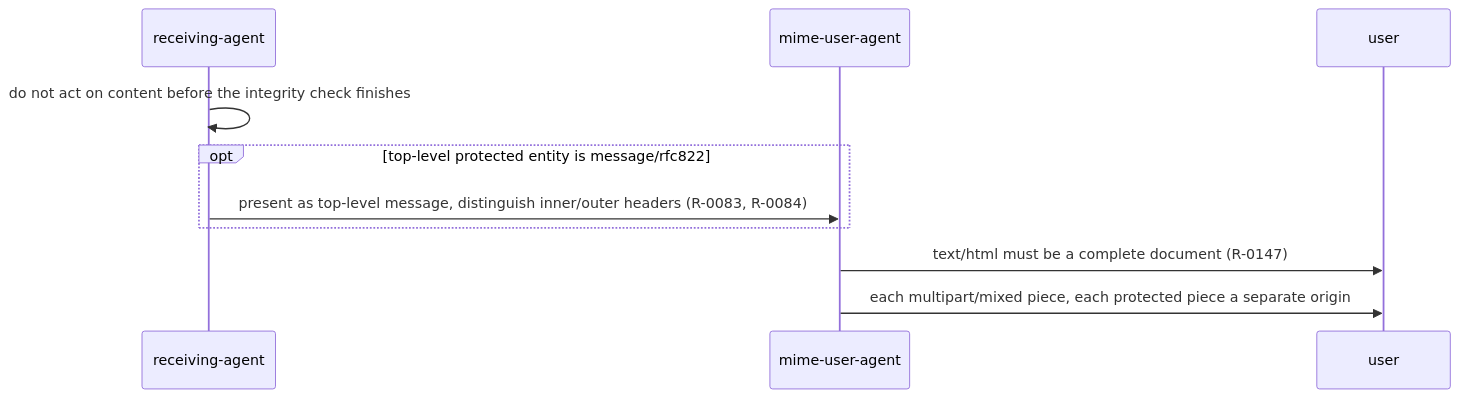
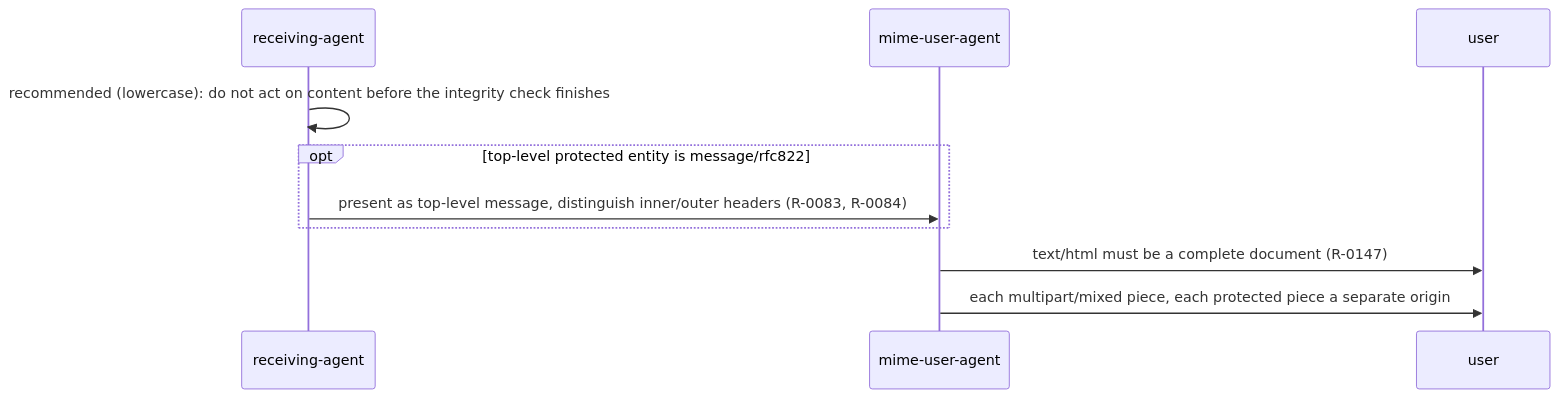
One commit to m-of-n/library changed diagram 21 of 28 in records/ietf/rfc-8551/distilled/protocol.md. Above: the diagram before and after it, drawn with Mermaid. The commit also changed other lines of this file and 12 other files, not shown here.

````diff
--- a/records/ietf/rfc-8551/distilled/protocol.md
+++ b/records/ietf/rfc-8551/distilled/protocol.md
@@ -473,12 +474,12 @@
 ```mermaid
 sequenceDiagram
   participant RA as receiving-agent
   participant MUA as mime-user-agent
   participant U as user
-  RA->>RA: do not act on content before the integrity check finishes
+  RA->>RA: recommended (lowercase): do not act on content before the integrity check finishes
   opt top-level protected entity is message/rfc822
     RA->>MUA: present as top-level message, distinguish inner/outer headers (R-0083, R-0084)
   end
   MUA->>U: text/html must be a complete document (R-0147)
   MUA->>U: each multipart/mixed piece, each protected piece a separate origin
 ```
````
